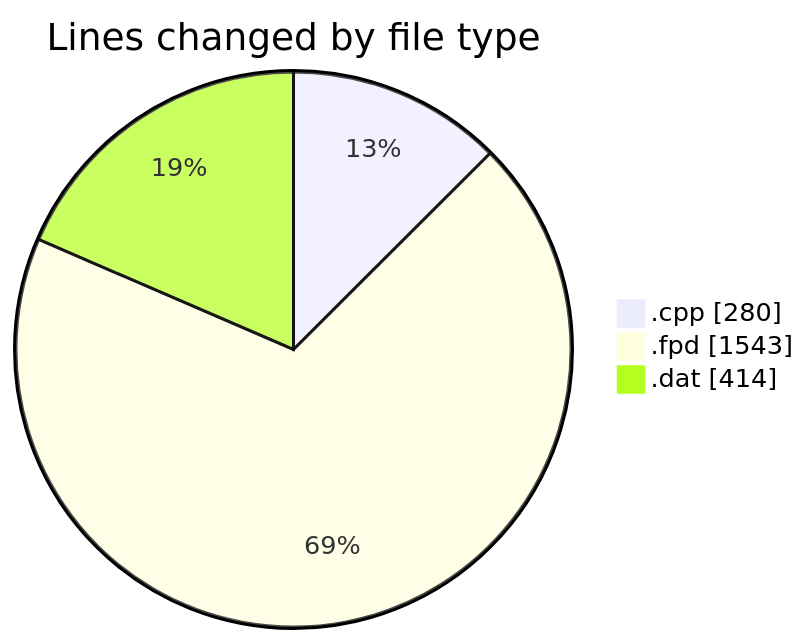
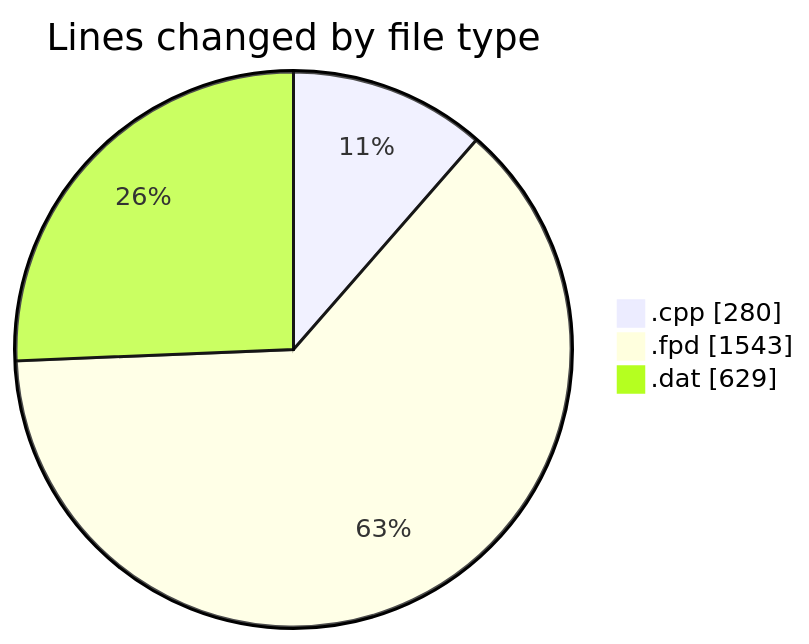
The first of 2 diagrams in 2026-07-02/cilapp/README.md (ricardozamudiocil/code-tracking), drawn with Mermaid before and after one commit. The commit also changed other lines of this file and 1 other file, not shown here.

````diff
--- a/2026-07-02/cilapp/README.md
+++ b/2026-07-02/cilapp/README.md
@@ -23,7 +23,7 @@
 ```mermaid
 pie showData
 title Lines changed by file type
 ".cpp" : 280
 ".fpd" : 1543
-".dat" : 414
+".dat" : 629
 ```
````
